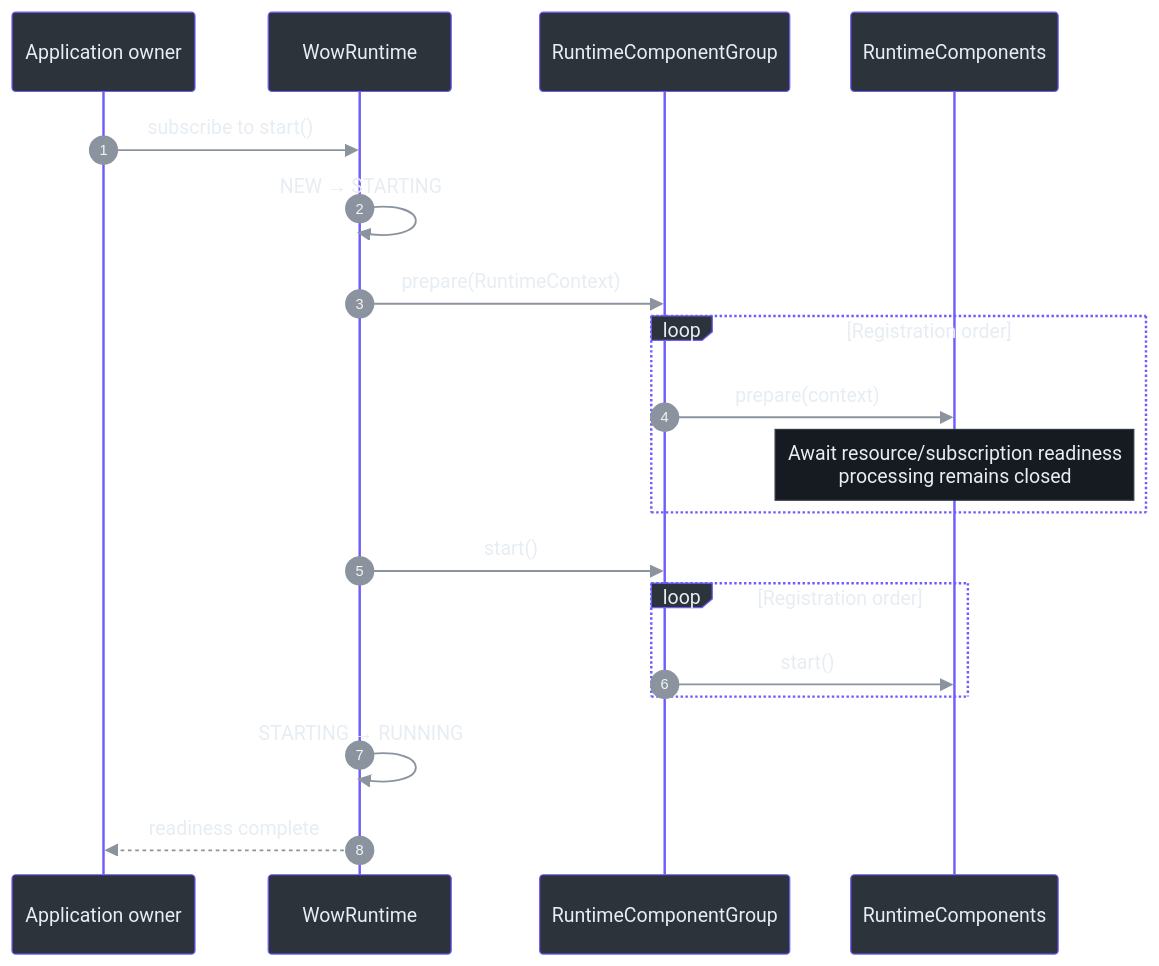
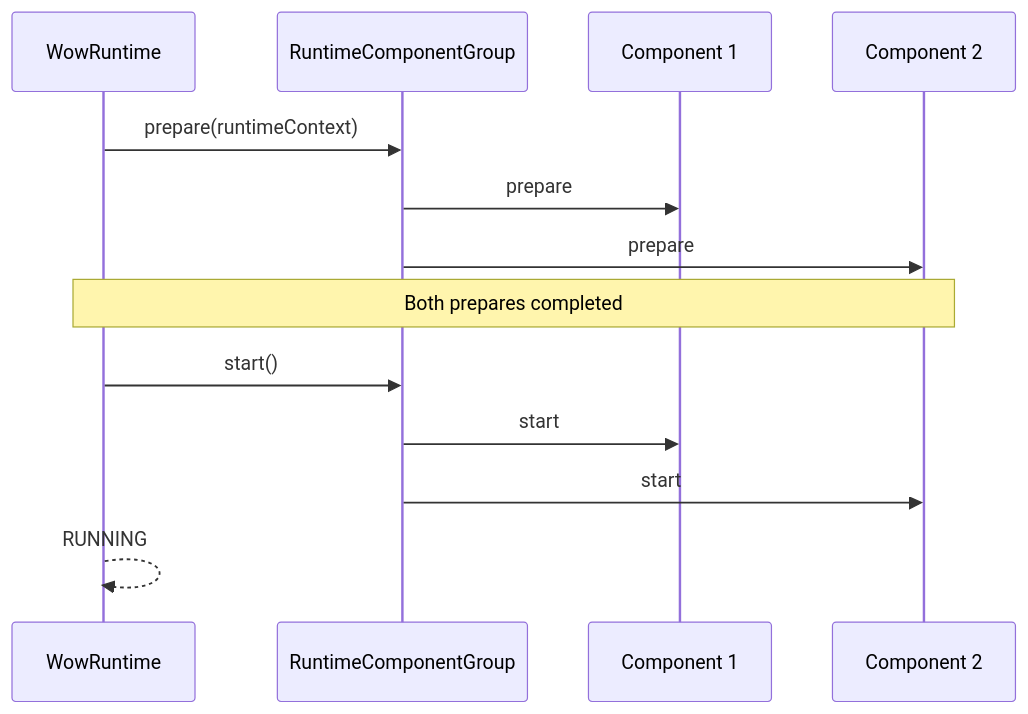
The first of 2 diagrams in documentation/docs/en/guide/advanced/runtime-lifecycle.md (Ahoo-Wang/Wow), drawn with Mermaid before and after one commit. The commit also changed other lines of this file and 166 other files, not shown here.

````diff
--- a/documentation/docs/en/guide/advanced/runtime-lifecycle.md
+++ b/documentation/docs/en/guide/advanced/runtime-lifecycle.md
@@ -158,23 +35,16 @@
 ```mermaid
-%%{init: {"theme":"base","themeVariables":{"actorBkg":"#2d333b","actorBorder":"#6d5dfc","actorTextColor":"#e6edf3","signalColor":"#8b949e","signalTextColor":"#e6edf3","noteBkgColor":"#161b22","noteBorderColor":"#30363d","noteTextColor":"#e6edf3","labelBoxBkgColor":"#2d333b","labelBoxBorderColor":"#6d5dfc","labelTextColor":"#e6edf3"}}}%%
 sequenceDiagram
-    autonumber
-    participant Owner as Application owner
-    participant Runtime as WowRuntime
+    participant Owner as WowRuntime
     participant Group as RuntimeComponentGroup
-    participant Components as RuntimeComponents
+    participant C1 as Component 1
+    participant C2 as Component 2
 
-    Owner->>Runtime: subscribe to start()
-    Runtime->>Runtime: NEW → STARTING
-    Runtime->>Group: prepare(RuntimeContext)
-    loop Registration order
-        Group->>Components: prepare(context)
-        Note over Components: Await resource/subscription readiness<br>processing remains closed
-    end
-    Runtime->>Group: start()
-    loop Registration order
-        Group->>Components: start()
-    end
-    Runtime->>Runtime: STARTING → RUNNING
-    Runtime-->>Owner: readiness complete
+    Owner->>Group: prepare(runtimeContext)
+    Group->>C1: prepare
+    Group->>C2: prepare
+    Note over Owner,C2: Both prepares completed
+    Owner->>Group: start()
+    Group->>C1: start
+    Group->>C2: start
+    Owner-->>Owner: RUNNING
 ```
````
